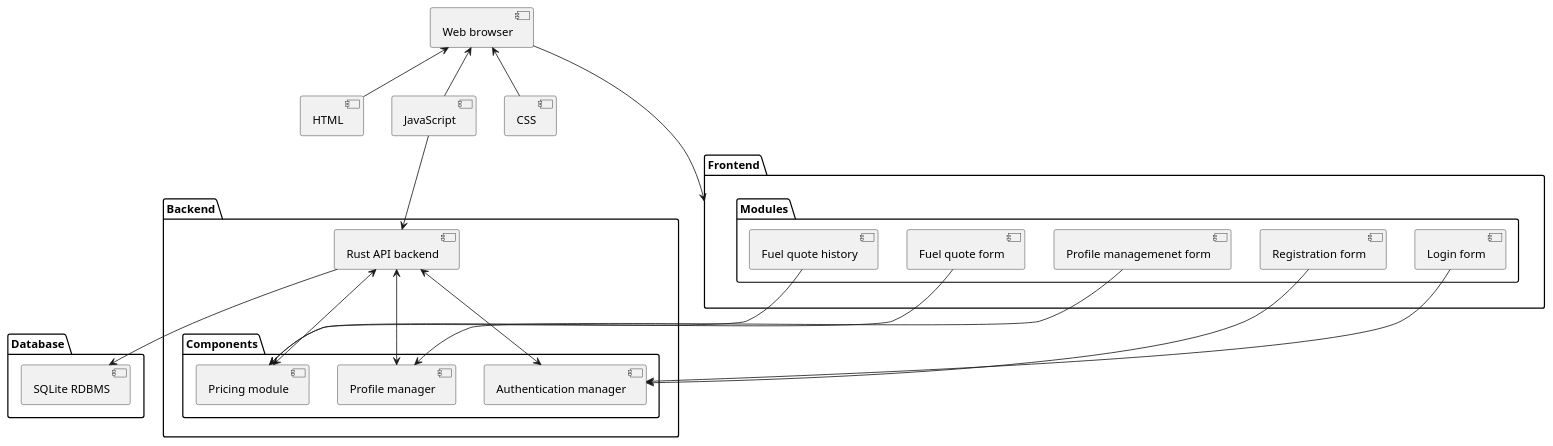
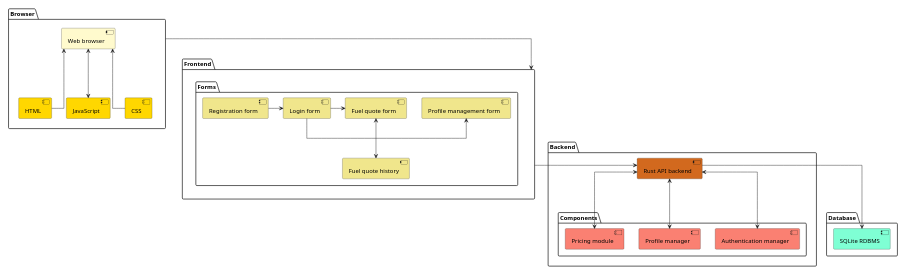
One commit to Brod8362/csoc4353 changed the diagram in plan/diagram.puml. Above: the diagram before and after it, drawn with PlantUML. The commit also changed 1 other file, not shown here.

Commit message:
Adjust UML and add rendered image

```diff
--- a/plan/diagram.puml
+++ b/plan/diagram.puml
@@ -1,49 +1,62 @@
 @startuml
 
-[Web browser] as browser
-[HTML] as html
-[JavaScript] as js
-[CSS] as css
+top to bottom direction
+skinparam dpi 50
+skinparam linetype ortho
+
+package "Browser" {
+	[Web browser] as browser #LemonChiffon
+	[HTML] as html #Gold
+	[JavaScript] as js #Gold
+	[CSS] as css #Gold
+}
 
 package "Frontend" {
-	package "Modules" {
-		[Login form] as login_form
-		[Registration form] as registration_form
-		[Profile managemenet form] as profile_form
-		[Fuel quote form] as quote_form
-		[Fuel quote history] as quote_history
+	package "Forms" {
+		[Login form] as login_form #Khaki
+		[Registration form] as registration_form #Khaki
+		[Profile management form] as profile_form #Khaki
+		[Fuel quote form] as quote_form #Khaki
+		[Fuel quote history] as quote_history #Khaki
 	}
 }
 
 package "Backend" {
-	[Rust API backend] as backend
+	[Rust API backend] as backend #Chocolate
 
 	package "Components" {
-		[Authentication manager] as auth_manager
-		[Profile manager] as profile_manager
-		[Pricing module] as pricing_module
+		[Authentication manager] as auth_manager #Salmon
+		[Profile manager] as profile_manager #Salmon
+		[Pricing module] as pricing_module #Salmon
 	}
 }
 
 package "Database" {
-	[SQLite RDBMS] as database
+	[SQLite RDBMS] as database #Aquamarine
 }
 
-browser -d-> Frontend
+registration_form -> login_form
+login_form -> profile_form
+login_form -> quote_form
+quote_form <--> quote_history
+
+Browser -d-> Frontend
+Frontend -d-> backend
+
 html -u-> browser
 css -u-> browser
-js -u-> browser
+js <-u-> browser
 
-backend --> database
-js --> backend
+
+backend -d-> database
 backend <--> auth_manager
 backend <--> profile_manager
 backend <--> pricing_module
 
-login_form -d-> auth_manager
-registration_form -d-> auth_manager
-profile_form -d-> profile_manager
-quote_form -d-> pricing_module
-quote_history -d-> pricing_module
+'login_form -d-> auth_manager
+'registration_form -d-> auth_manager
+'profile_form -d-> profile_manager
+'quote_form -d-> pricing_module
+'quote_history -d-> pricing_module
 
 @enduml
```
